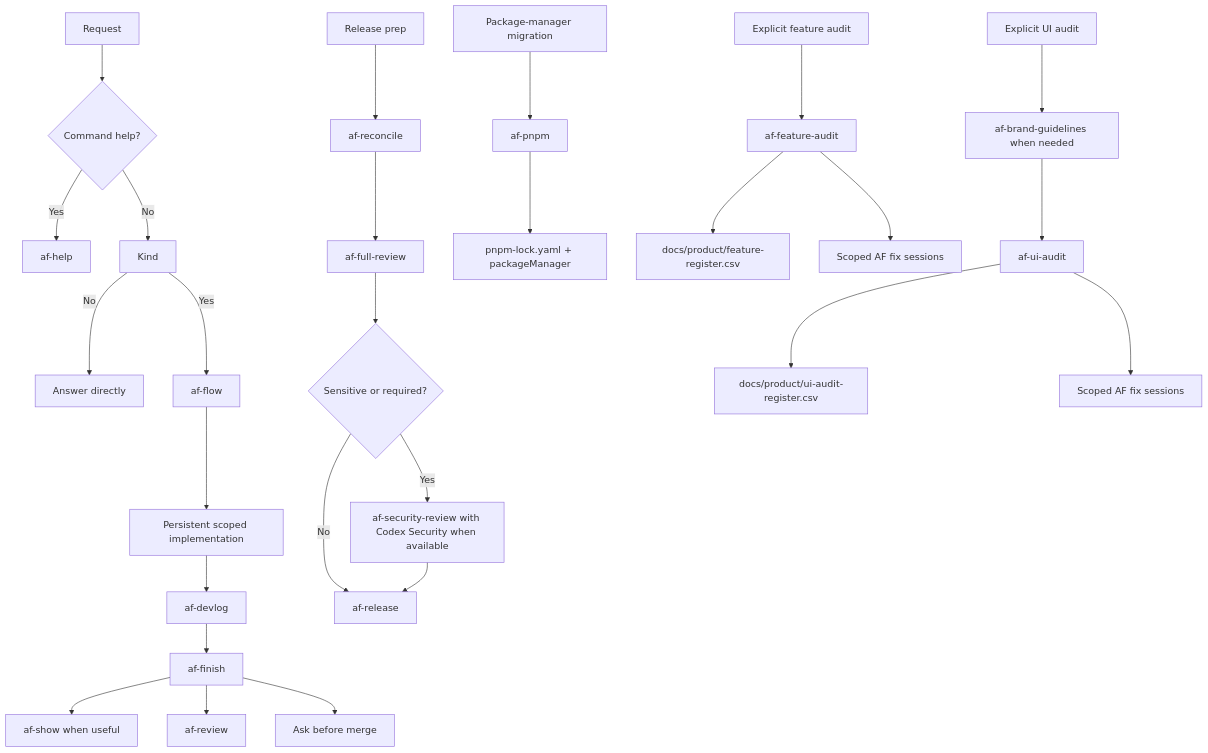
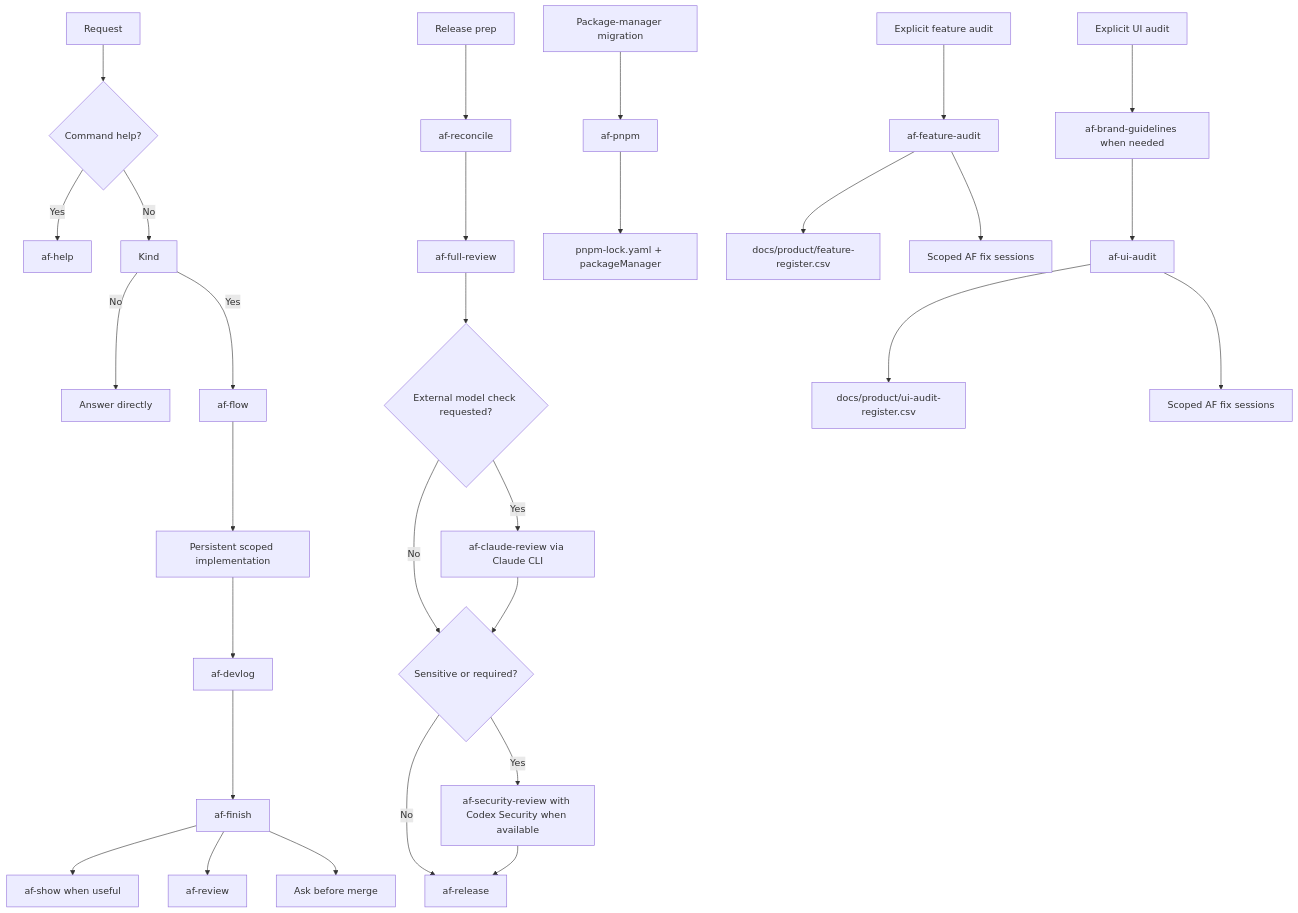
Before and after one commit to miketaheny/codex-setup: the second of 5 diagrams in docs/ARCHITECTURE.md, drawn with Mermaid. The commit also changed other lines of this file and 30 other files, not shown here.

Commit message:
chore: codex exclusive review flow

````diff
--- a/docs/ARCHITECTURE.md
+++ b/docs/ARCHITECTURE.md
@@ -48,33 +47,37 @@
 ```mermaid
 flowchart TD
     Request --> Help{"Command help?"}
     Help -->|Yes| AFHelp["af-help"]
     Help -->|No| Kind
     Kind -->|No| Answer["Answer directly"]
     Kind -->|Yes| Flow["af-flow"]
     Flow --> Work["Persistent scoped implementation"]
     Work --> Devlog["af-devlog"]
     Devlog --> Finish["af-finish"]
     Finish --> Show["af-show when useful"]
     Finish --> Review["af-review"]
     Finish --> Ask["Ask before merge"]
 
     ReleaseStart["Release prep"] --> Reconcile["af-reconcile"]
     Reconcile --> Full["af-full-review"]
-    Full --> Security{"Sensitive or required?"}
+    Full --> ClaudeReview{"External model check requested?"}
+    ClaudeReview -->|Yes| ClaudeSkill["af-claude-review via Claude CLI"]
+    ClaudeReview -->|No| Security
+    ClaudeSkill --> Security
+    Security{"Sensitive or required?"}
     Security -->|Yes| Sec["af-security-review with Codex Security when available"]
     Security -->|No| Release["af-release"]
     Sec --> Release
 
     PnpmStart["Package-manager migration"] --> PnpmSkill["af-pnpm"]
     PnpmSkill --> PnpmLock["pnpm-lock.yaml + packageManager"]
 
     AuditStart["Explicit feature audit"] --> Audit["af-feature-audit"]
     Audit --> Register["docs/product/feature-register.csv"]
     Audit --> AuditFix["Scoped AF fix sessions"]
 
     UIStart["Explicit UI audit"] --> Brand["af-brand-guidelines when needed"]
     Brand --> UIAudit["af-ui-audit"]
     UIAudit --> UIRegister["docs/product/ui-audit-register.csv"]
     UIAudit --> UIFix["Scoped AF fix sessions"]
 ```
````
